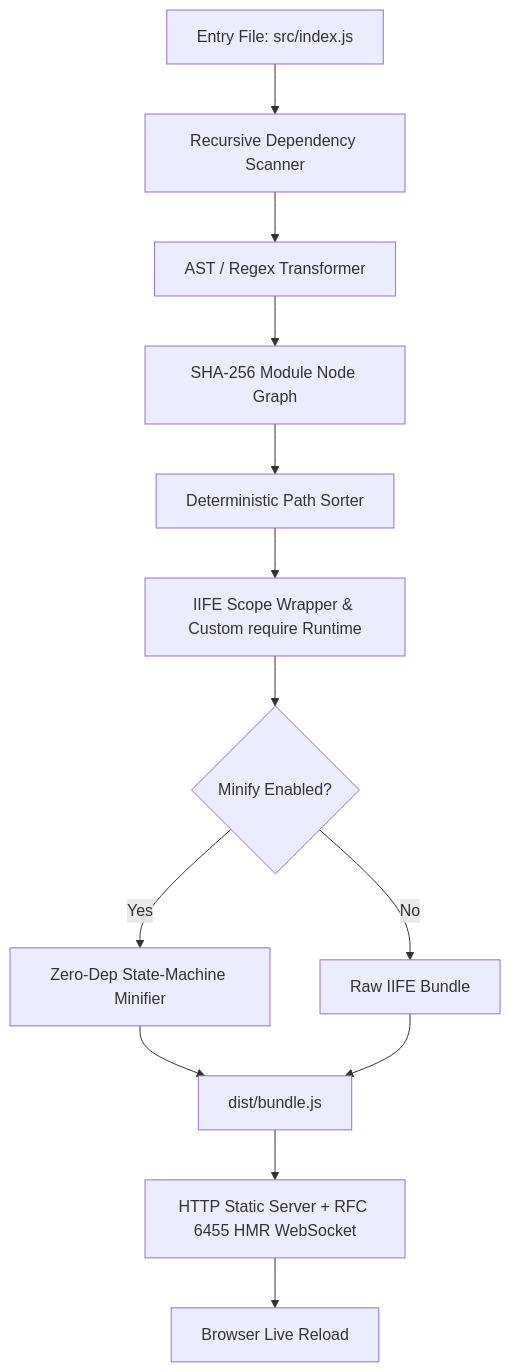
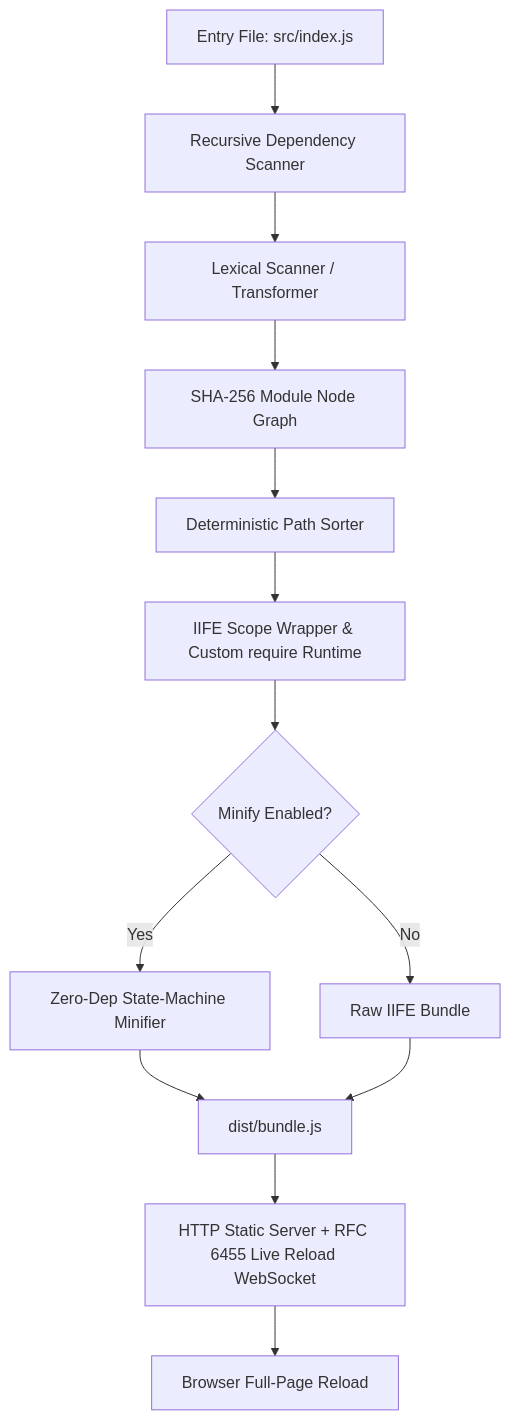
The diagram in README.md (Saksham842/Zero-Dependency), drawn with Mermaid before and after one commit. The commit also changed other lines of this file and 12 other files, not shown here.

Commit message:
Phase 5A: Implement incremental build engine with correct module removal logic and fix graph cleanup

````diff
--- a/README.md
+++ b/README.md
@@ -148,15 +166,15 @@
 ```mermaid
 flowchart TD
     A[Entry File: src/index.js] --> B[Recursive Dependency Scanner]
-    B --> C[AST / Regex Transformer]
+    B --> C[Lexical Scanner / Transformer]
     C --> D[SHA-256 Module Node Graph]
     D --> E[Deterministic Path Sorter]
     E --> F[IIFE Scope Wrapper & Custom require Runtime]
     F --> G{Minify Enabled?}
     G -- Yes --> H[Zero-Dep State-Machine Minifier]
     G -- No --> I[Raw IIFE Bundle]
     H --> J[dist/bundle.js]
     I --> J[dist/bundle.js]
-    J --> K[HTTP Static Server + RFC 6455 HMR WebSocket]
-    K --> L[Browser Live Reload]
+    J --> K[HTTP Static Server + RFC 6455 Live Reload WebSocket]
+    K --> L[Browser Full-Page Reload]
 ```
````
